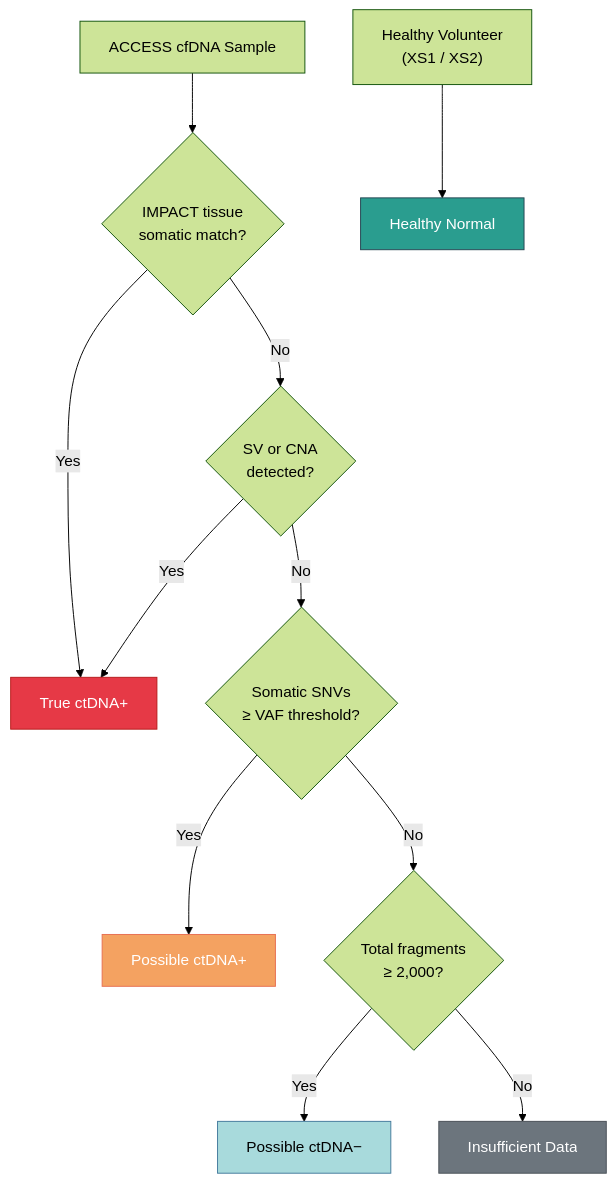
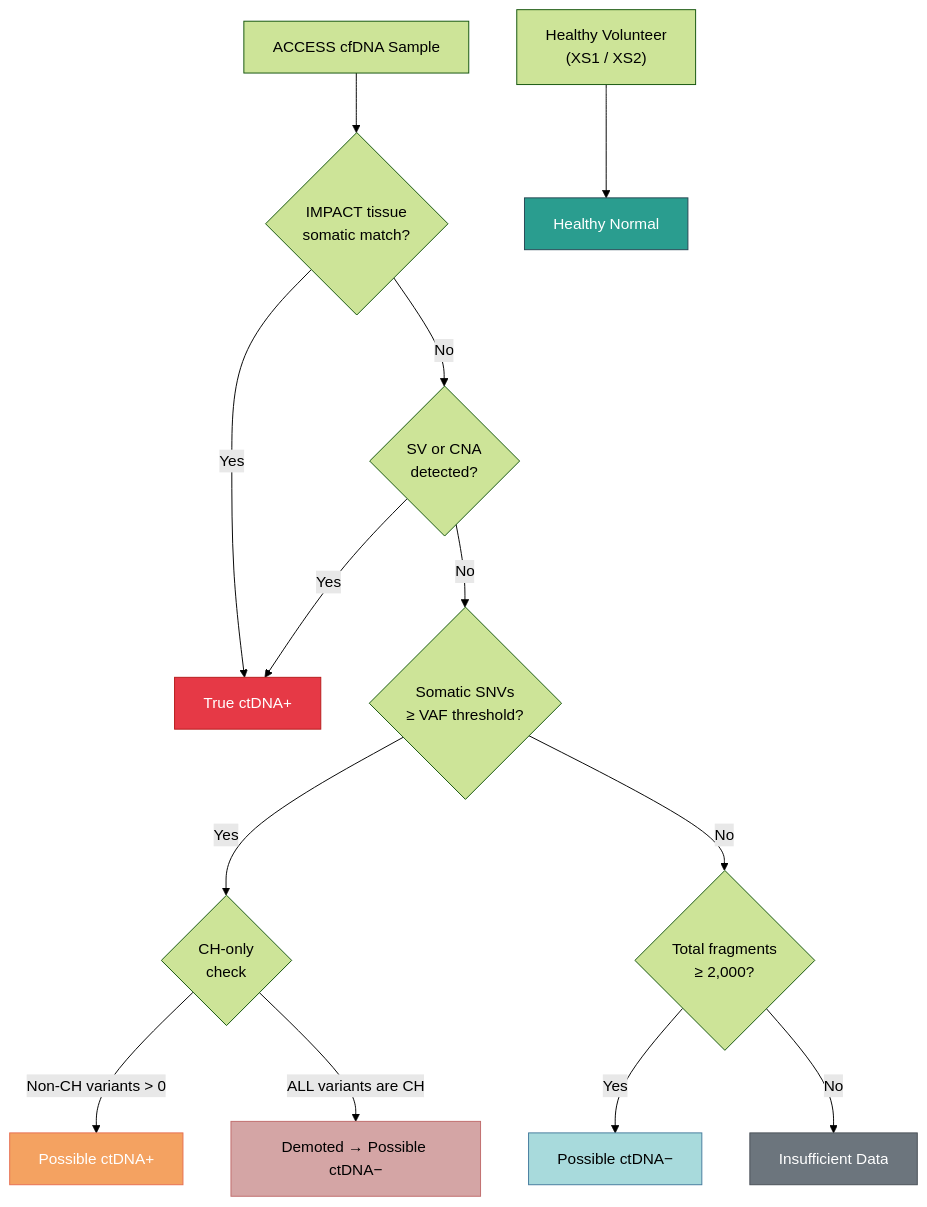
One commit to msk-access/kreview changed the diagram in docs/biology/ctdna-labeling.md. Above: the diagram before and after it, drawn with Mermaid (forest theme). The commit also changed other lines of this file and 10 other files, not shown here.

````diff
--- a/docs/biology/ctdna-labeling.md
+++ b/docs/biology/ctdna-labeling.md
@@ -25,20 +25,23 @@
 ```mermaid
 flowchart TD
     classDef pos fill:#e63946,stroke:#b71c1c,color:#fff;
     classDef ppos fill:#f4a261,stroke:#e76f51,color:#fff;
     classDef pneg fill:#a8dadc,stroke:#457b9d,color:#000;
     classDef healthy fill:#2a9d8f,stroke:#264653,color:#fff;
     classDef insuf fill:#6c757d,stroke:#495057,color:#fff;
+    classDef demote fill:#d4a5a5,stroke:#c06c6c,color:#000;
 
     S["ACCESS cfDNA Sample"] --> IMPACT{"IMPACT tissue\nsomatic match?"}
     IMPACT -->|Yes| TRUE["True ctDNA+"]:::pos
     IMPACT -->|No| SV_CNA{"SV or CNA\ndetected?"}
     SV_CNA -->|Yes| TRUE
     SV_CNA -->|No| SNV{"Somatic SNVs\n≥ VAF threshold?"}
-    SNV -->|Yes| POSS_POS["Possible ctDNA+"]:::ppos
+    SNV -->|Yes| CH{"CH-only\ncheck"}
+    CH -->|"Non-CH variants > 0"| POSS_POS["Possible ctDNA+"]:::ppos
+    CH -->|"ALL variants are CH"| DEMOTED["Demoted → Possible ctDNA−"]:::demote
     SNV -->|No| DEPTH{"Total fragments\n≥ 2,000?"}
     DEPTH -->|Yes| POSS_NEG["Possible ctDNA−"]:::pneg
     DEPTH -->|No| INSUF["Insufficient Data"]:::insuf
 
     HEALTHY["Healthy Volunteer\n(XS1 / XS2)"] --> HN["Healthy Normal"]:::healthy
 ```
````
